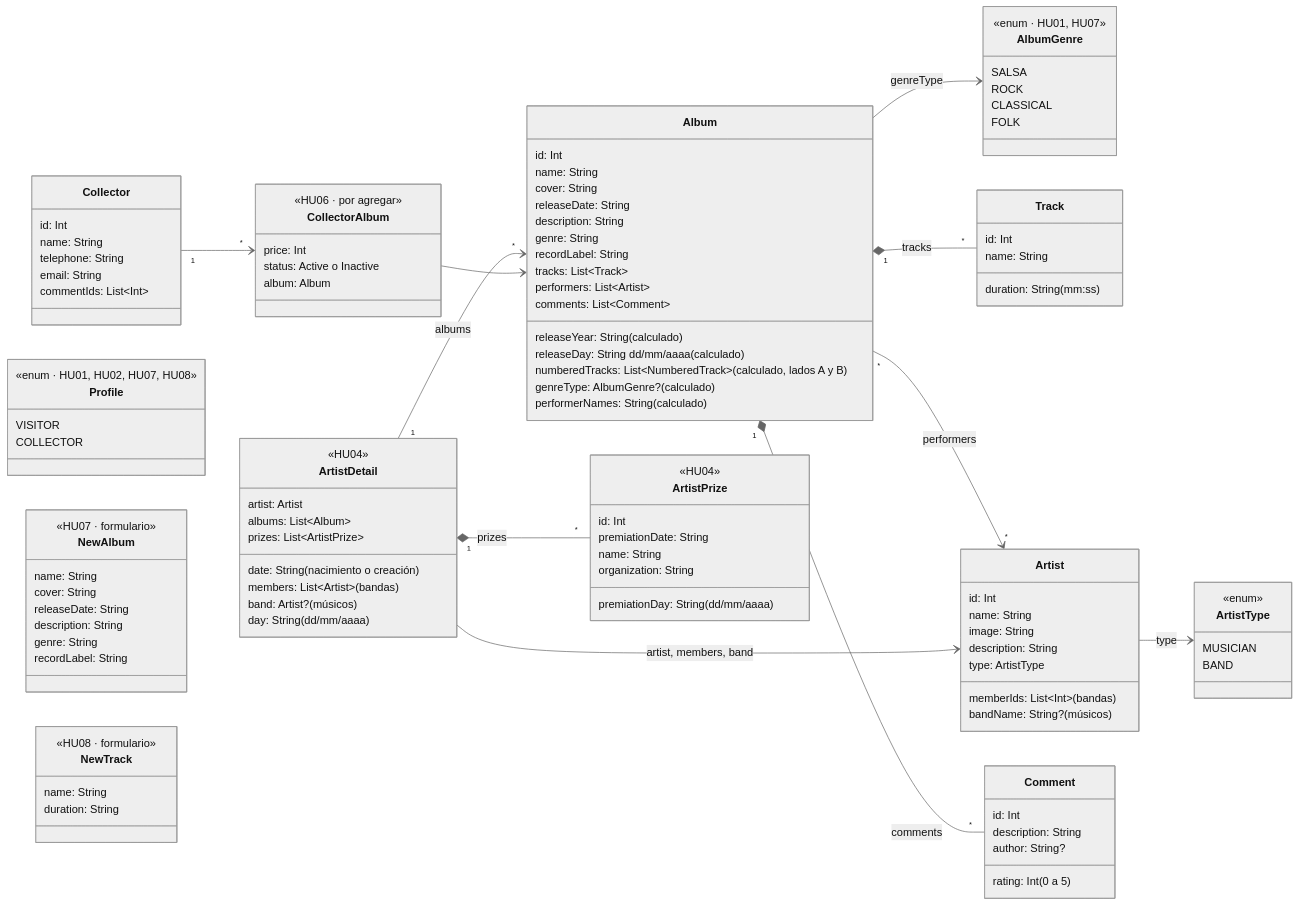
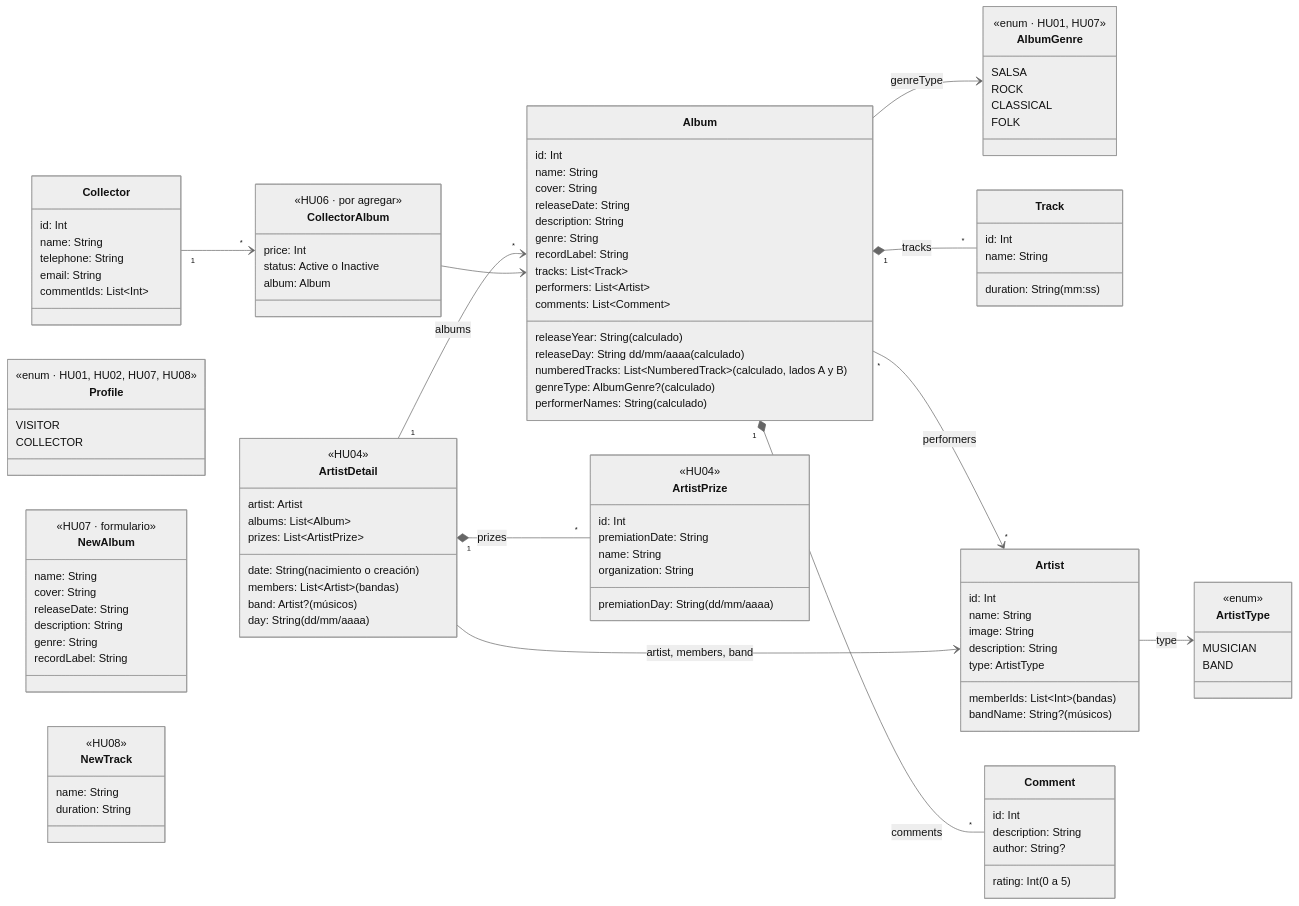
The third of 4 diagrams in docs/App-technical-documentation.md (jhon0520/Andes-Vynils-App), drawn with Mermaid (neutral theme) before and after one commit. The commit also changed other lines of this file and 28 other files, not shown here.

```diff
--- a/docs/App-technical-documentation.md
+++ b/docs/App-technical-documentation.md
@@ -195,7 +195,7 @@
         recordLabel: String
     }
     class NewTrack {
-        <<HU08 · formulario>>
+        <<HU08>>
         name: String
         duration: String
     }
```
